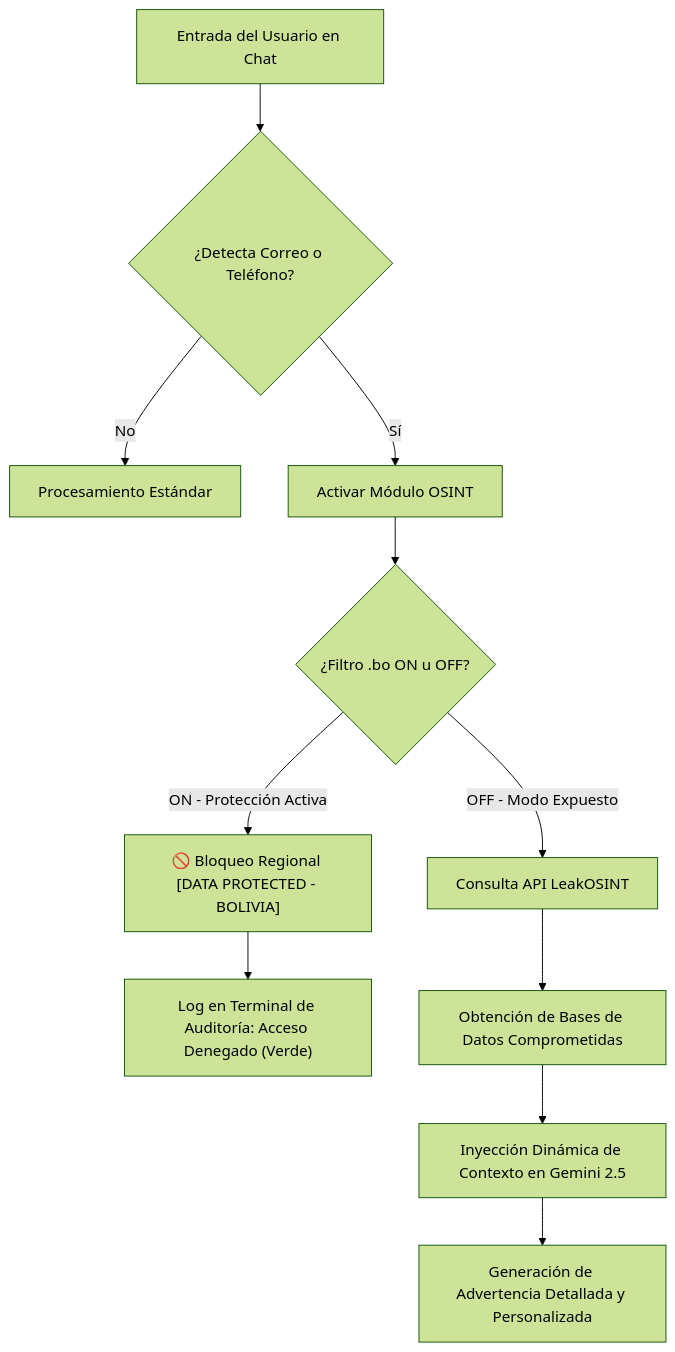
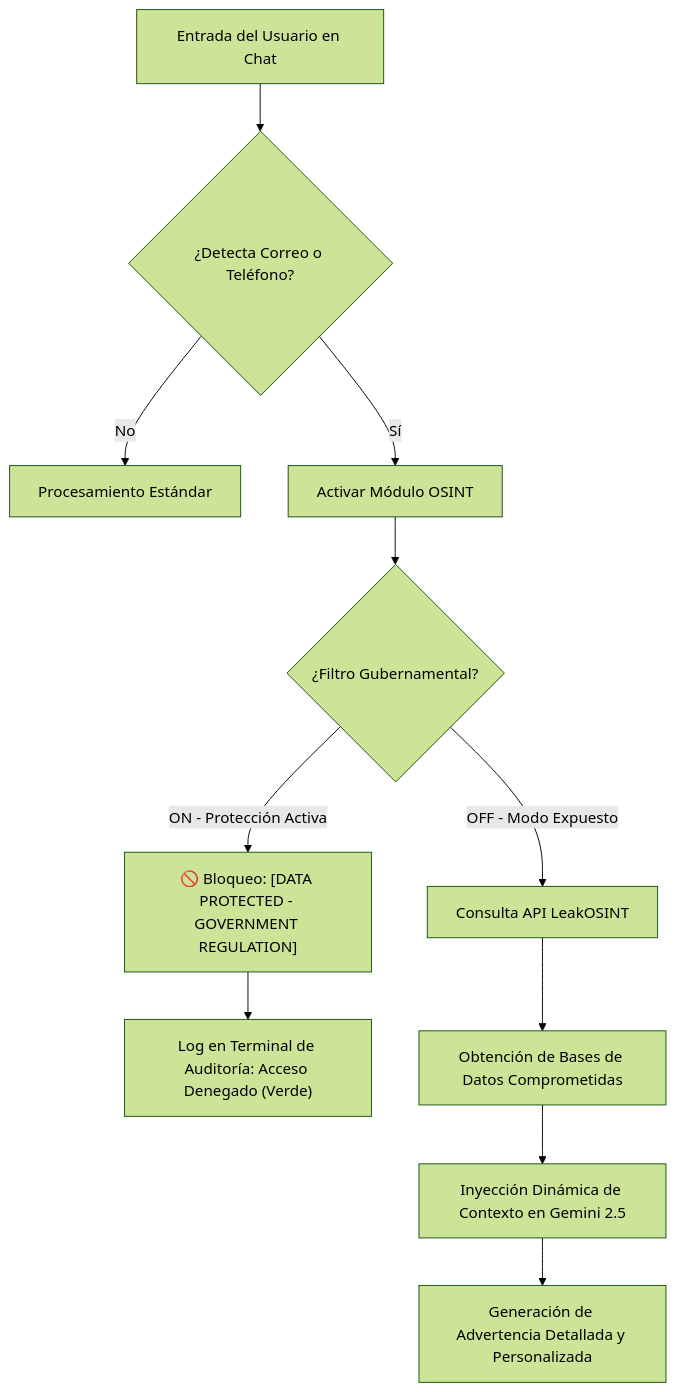
The first of 2 diagrams in README.md (emilio-garcia-ie/LEAKGUARD), drawn with Mermaid (forest theme) before and after one commit. The commit also changed other lines of this file, not shown here.

````diff
--- a/README.md
+++ b/README.md
@@ -15,13 +15,13 @@
 ```mermaid
 graph TD
     A[Entrada del Usuario en Chat] --> B{¿Detecta Correo o Teléfono?}
     B -->|No| C[Procesamiento Estándar]
     B -->|Sí| D[Activar Módulo OSINT]
-    D --> E{¿Filtro .bo ON u OFF?}
-    E -->|ON - Protección Activa| F["🚫 Bloqueo Regional [DATA PROTECTED - BOLIVIA]"]
+    D --> E{¿Filtro Gubernamental?}
+    E -->|ON - Protección Activa| F["🚫 Bloqueo: [DATA PROTECTED - GOVERNMENT REGULATION]"]
     F --> G["Log en Terminal de Auditoría: Acceso Denegado (Verde)"]
     E -->|OFF - Modo Expuesto| H[Consulta API LeakOSINT]
     H --> I[Obtención de Bases de Datos Comprometidas]
     I --> J[Inyección Dinámica de Contexto en Gemini 2.5]
     J --> K[Generación de Advertencia Detallada y Personalizada]
 ```
````
